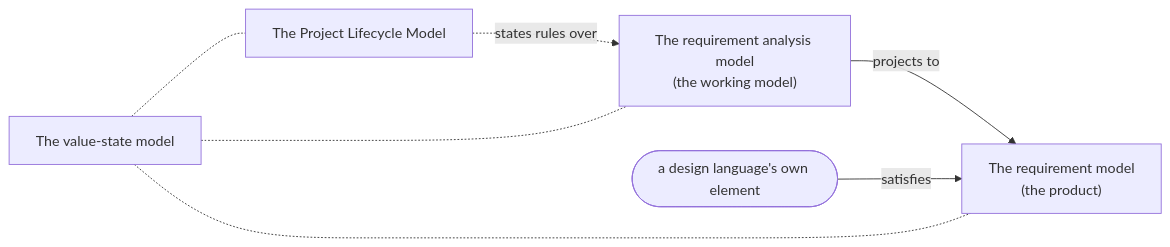
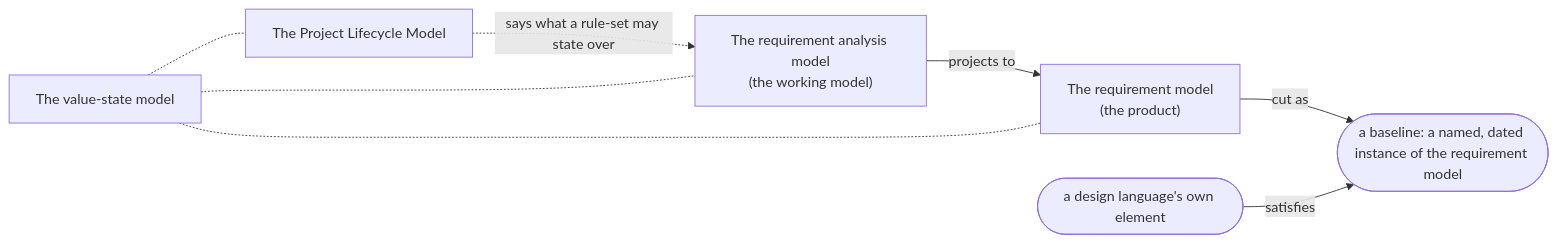
The diagram in spec/00-overview.md (szantob/ProjectML), drawn with Mermaid before and after one commit. The commit also changed other lines of this file and 5 other files, not shown here.

````diff
--- a/spec/00-overview.md
+++ b/spec/00-overview.md
@@ -43,15 +43,17 @@
 ```mermaid
 graph LR
     RAM["The requirement analysis model<br/>(the working model)"]
     RM["The requirement model<br/>(the product)"]
     PLM["The Project Lifecycle Model"]
     VS["The value-state model"]
+    BL(["a baseline: a named, dated instance of the requirement model"])
     DL(["a design language's own element"])
 
     RAM -- "projects to" --> RM
-    PLM -. "states rules over" .-> RAM
-    DL -- "satisfies" --> RM
+    PLM -. "says what a rule-set may state over" .-> RAM
+    RM -- "cut as" --> BL
+    DL -- "satisfies" --> BL
     VS -.- RAM
     VS -.- RM
     VS -.- PLM
 ```
````
